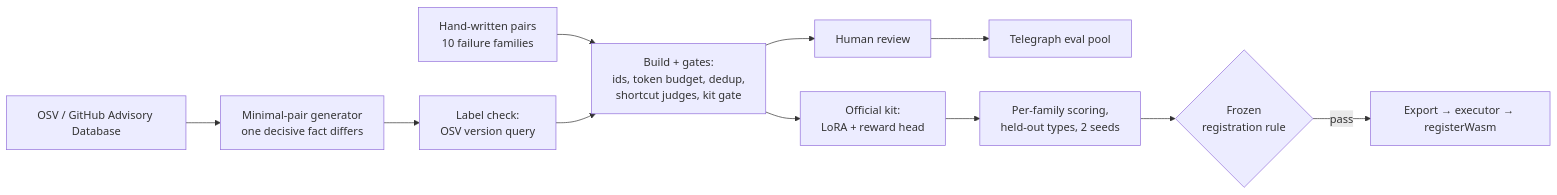
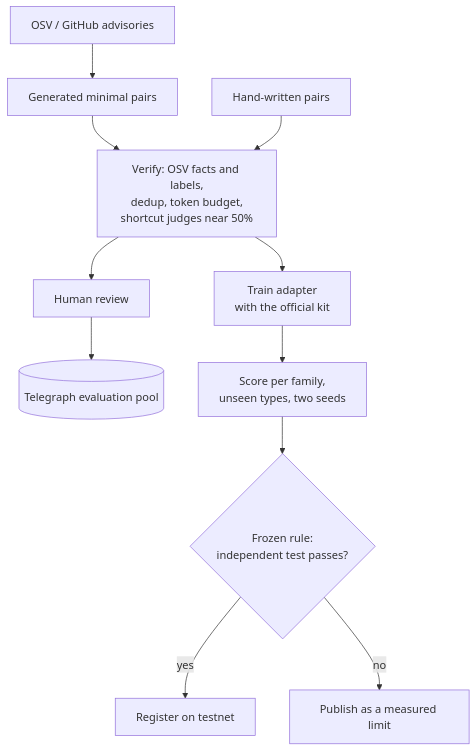
One commit to Ritapossible/AdversarialEval changed the diagram in README.md. Above: the diagram before and after it, drawn with Mermaid.

Commit message:
README: top-down pipeline diagram that reads on a phone
The left-to-right diagram rendered eleven tiny boxes in one row. The new top-down layout
uses short labels and shows both outcomes: the pool contribution, and the frozen-rule
decision to register or publish a measured limit. Rendered and checked at 400 px width.

Claude-Session: https://claude.ai/code/session_01D1bzZTFpMbRVPvoaN3UD2U

````diff
--- a/README.md
+++ b/README.md
@@ -74,12 +74,15 @@
 ```mermaid
-flowchart LR
-  OSV[OSV / GitHub Advisory Database] --> GEN[Minimal-pair generator<br/>one decisive fact differs]
-  HAND[Hand-written pairs<br/>10 failure families] --> BUILD
-  GEN --> VERIFY[Label check:<br/>OSV version query]
-  VERIFY --> BUILD[Build + gates:<br/>ids, token budget, dedup,<br/>shortcut judges, kit gate]
-  BUILD --> TRAIN[Official kit:<br/>LoRA + reward head]
-  BUILD --> REVIEW[Human review] --> POOL[Telegraph eval pool]
-  TRAIN --> EVAL[Per-family scoring,<br/>held-out types, 2 seeds]
-  EVAL --> RULE{Frozen<br/>registration rule}
-  RULE -->|pass| REG[Export → executor → registerWasm]
+flowchart TB
+  OSV[OSV / GitHub advisories] --> GEN[Generated minimal pairs]
+  HAND[Hand-written pairs]
+  GEN --> CHECK
+  HAND --> CHECK
+  CHECK[Verify: OSV facts and labels,<br/>dedup, token budget,<br/>shortcut judges near 50%]
+  CHECK --> REVIEW[Human review]
+  REVIEW --> POOL[(Telegraph evaluation pool)]
+  CHECK --> TRAIN[Train adapter<br/>with the official kit]
+  TRAIN --> SCORE[Score per family,<br/>unseen types, two seeds]
+  SCORE --> RULE{Frozen rule:<br/>independent test passes?}
+  RULE -->|yes| REG[Register on testnet]
+  RULE -->|no| LIMIT[Publish as a measured limit]
 ```
````
